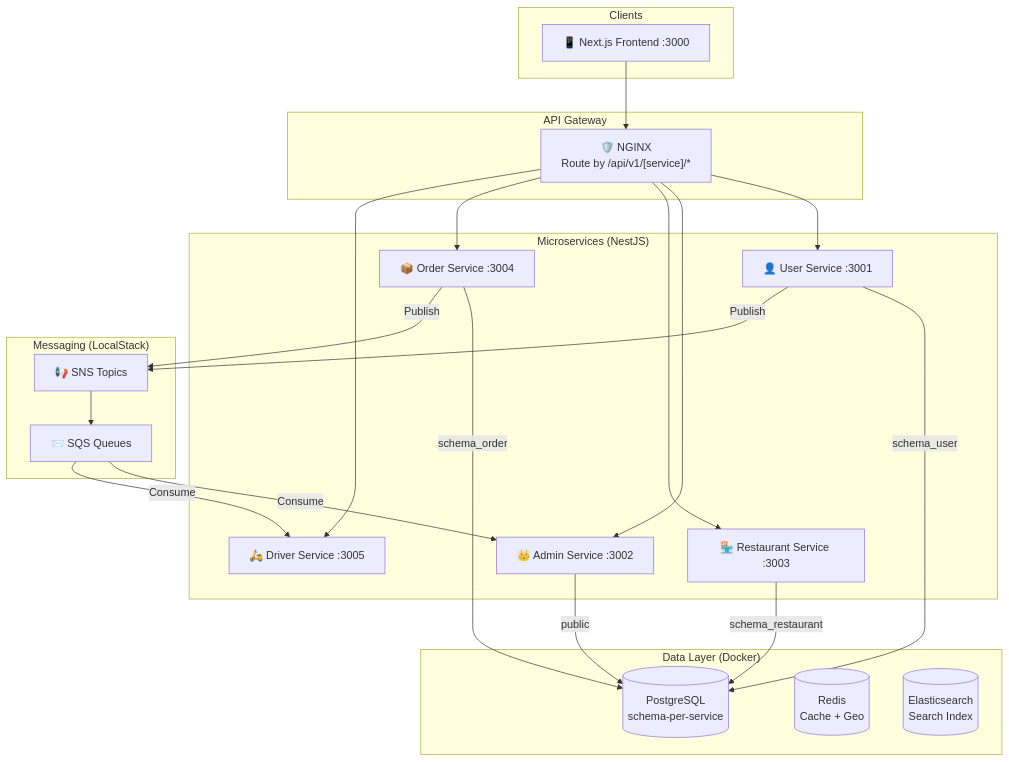
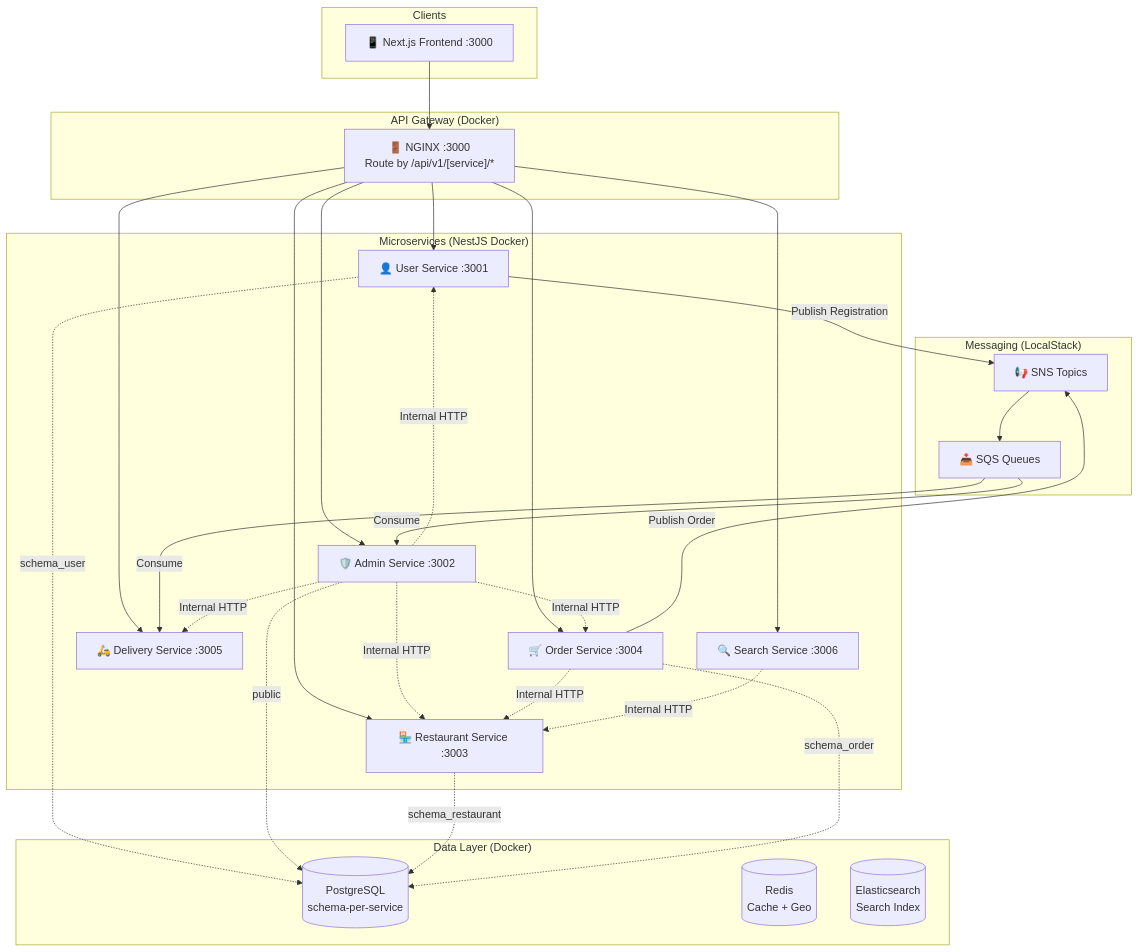
One commit to DuyBinh2003/FoodDelivery changed the diagram in README.md. Above: the diagram before and after it, drawn with Mermaid. The commit also changed other lines of this file and 2 other files, not shown here.

Commit message:
feat: add Nginx API gateway service and routing configuration to docker-compose

````diff
--- a/README.md
+++ b/README.md
@@ -16,41 +16,46 @@
 ```mermaid
 graph TD
     subgraph "Clients"
         FE["📱 Next.js Frontend :3000"]
     end
 
-    subgraph "API Gateway"
-        GW["🛡️ NGINX\nRoute by /api/v1/[service]/*"]
+    subgraph "API Gateway (Docker)"
+        GW["🚪 NGINX :3000\nRoute by /api/v1/[service]/*"]
     end
 
-    subgraph "Microservices (NestJS)"
+    subgraph "Microservices (NestJS Docker)"
         US["👤 User Service :3001"]
-        AS["👑 Admin Service :3002"]
+        AS["🛡️ Admin Service :3002"]
         RS["🏪 Restaurant Service :3003"]
-        OS["📦 Order Service :3004"]
-        DS["🛵 Driver Service :3005"]
+        OS["🛒 Order Service :3004"]
+        DS["🛵 Delivery Service :3005"]
+        SS["🔍 Search Service :3006"]
     end
 
     subgraph "Messaging (LocalStack)"
         SNS["📢 SNS Topics"]
-        SQS["📨 SQS Queues"]
+        SQS["📥 SQS Queues"]
     end
 
     subgraph "Data Layer (Docker)"
         DB[("PostgreSQL\nschema-per-service")]
         Redis[("Redis\nCache + Geo")]
         ES[("Elasticsearch\nSearch Index")]
     end
 
     FE --> GW
-    GW --> US & AS & RS & OS & DS
+    GW --> US & AS & RS & OS & DS & SS
 
-    US -->|"schema_user"| DB
-    AS -->|"public"| DB
-    RS -->|"schema_restaurant"| DB
-    OS -->|"schema_order"| DB
+    US -.->|"schema_user"| DB
+    AS -.->|"public"| DB
+    RS -.->|"schema_restaurant"| DB
+    OS -.->|"schema_order"| DB
 
-    US -->|"Publish"| SNS --> SQS
-    OS -->|"Publish"| SNS
+    US -->|"Publish Registration"| SNS --> SQS
+    OS -->|"Publish Order"| SNS
     SQS -->|"Consume"| AS & DS
+    
+    AS -.->|"Internal HTTP"| US & RS & OS & DS
+    OS -.->|"Internal HTTP"| RS
+    SS -.->|"Internal HTTP"| RS
 ```
````
